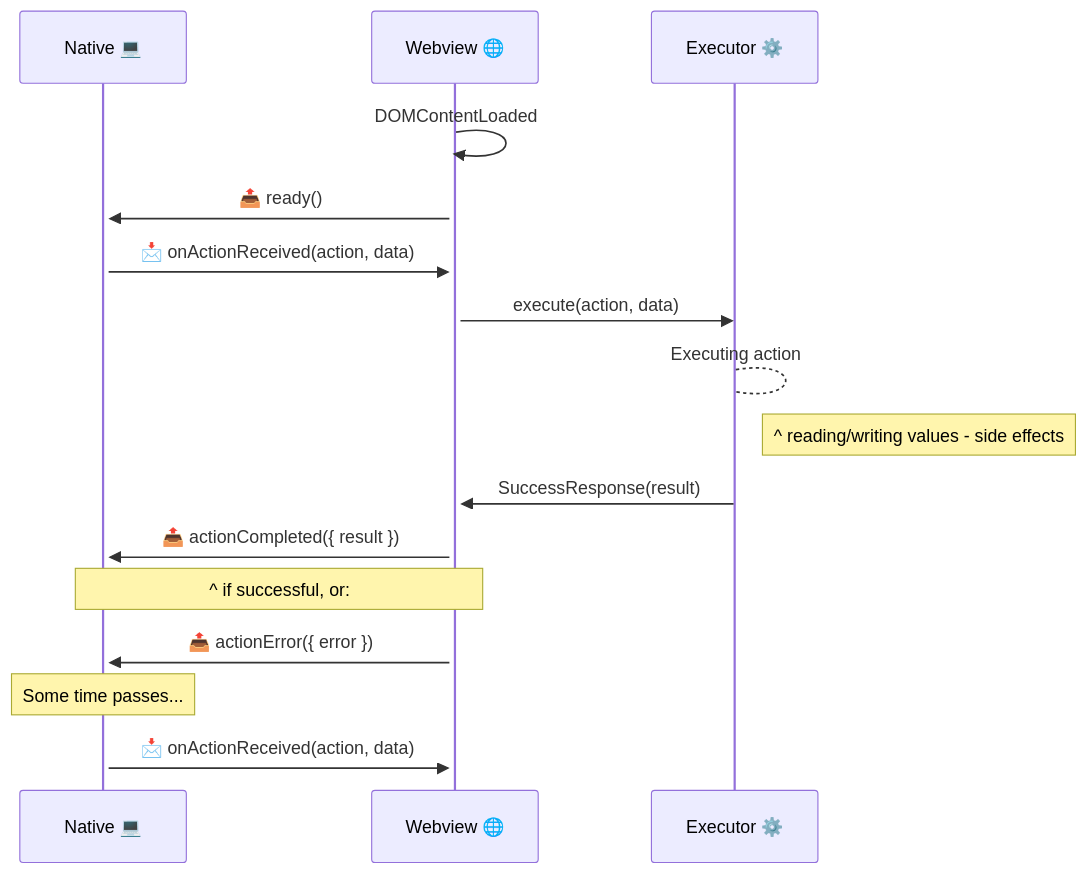
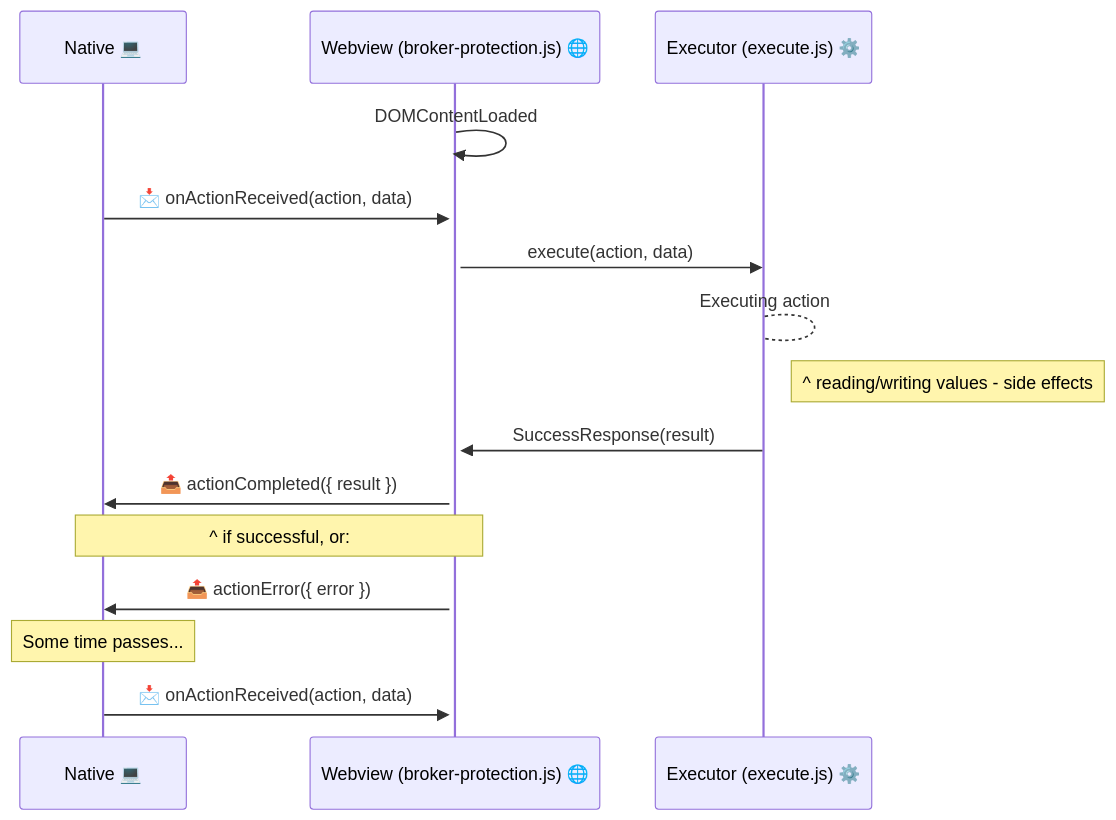
Before and after one commit to duckduckgo/content-scope-scripts: the diagram in src/features/broker-protection/broker-protection.md, drawn with Mermaid. The commit also changed 14 other files, not shown here.

````diff
--- a/src/features/broker-protection/broker-protection.md
+++ b/src/features/broker-protection/broker-protection.md
@@ -5,18 +5,17 @@
 ```mermaid
 sequenceDiagram
     participant N as Native 💻
-    participant W as Webview 🌐
-    participant E as Executor ⚙️
+    participant W as Webview (broker-protection.js) 🌐
+    participant E as Executor (execute.js) ⚙️
     W->>+W: DOMContentLoaded
-    W->>+N: 📤 ready()
     N->>W: 📩 onActionReceived(action, data)
     W->>E: execute(action, data)
     E-->E: Executing action
     Note right of E: ^ reading/writing values - side effects
     E->>W: SuccessResponse(result)
     W->>N: 📤 actionCompleted({ result })
     Note over N,W: ^ if successful, or:
     W->>N: 📤 actionError({ error })
     Note over N: Some time passes...
     N->>W: 📩 onActionReceived(action, data)
 ```
````
